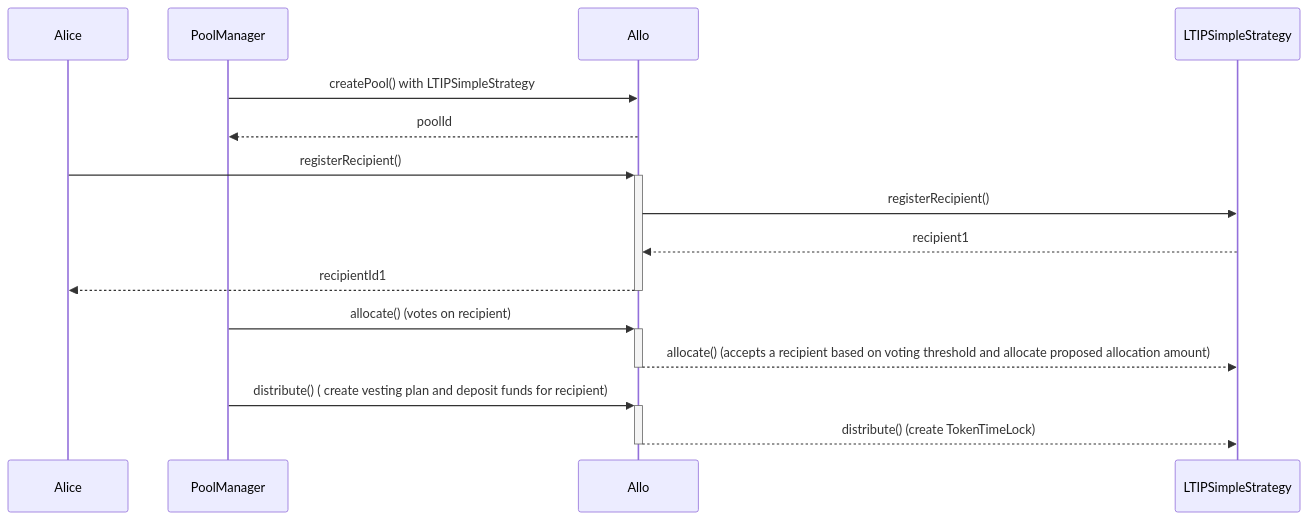
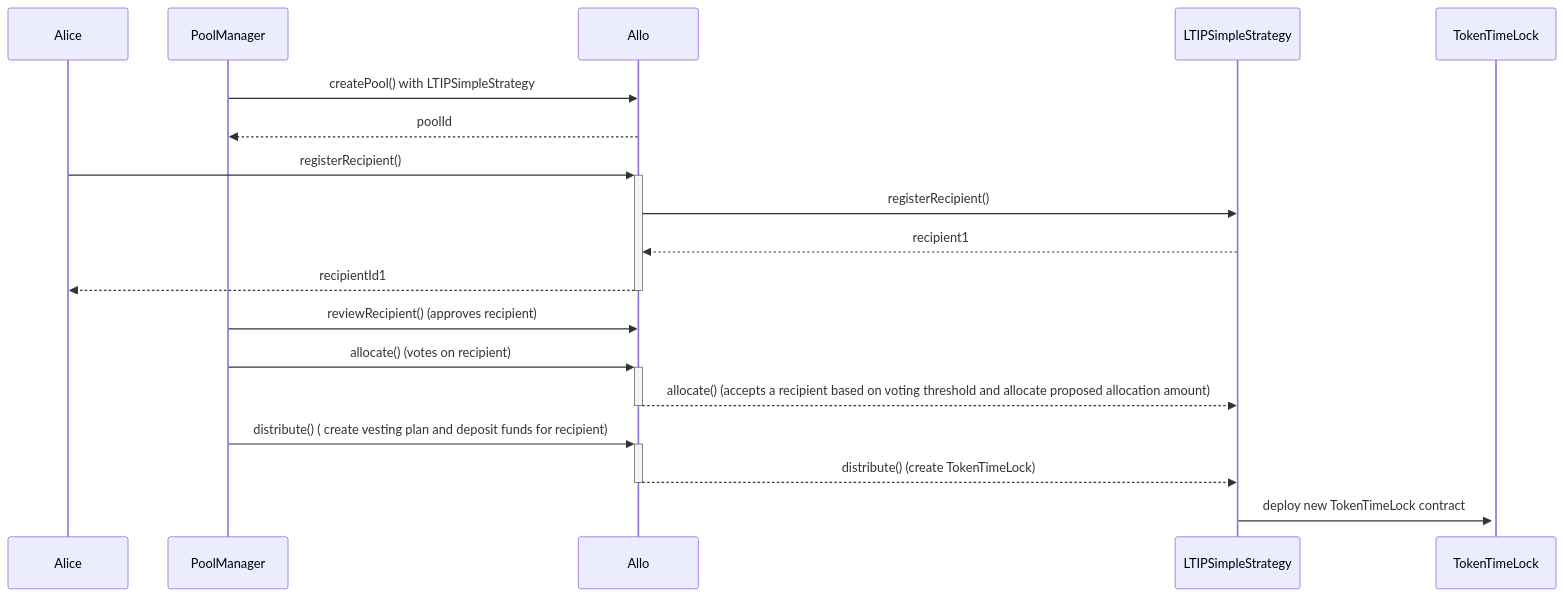
Before and after one commit to allo-protocol/allo-v2: the diagram in contracts/strategies/ltip-simple/README.md, drawn with Mermaid. The commit also changed other lines of this file and 2 other files, not shown here.

Commit message:
fix(docs): update diagrams and implement comments

````diff
--- a/contracts/strategies/ltip-simple/README.md
+++ b/contracts/strategies/ltip-simple/README.md
@@ -27,18 +27,21 @@
 ```mermaid
 sequenceDiagram
     participant Alice
     participant PoolManager
     participant Allo
     participant LTIPSimpleStrategy
+    participant TokenTimeLock
 
     PoolManager->>Allo: createPool() with LTIPSimpleStrategy
     Allo-->>PoolManager: poolId
     Alice->>+Allo: registerRecipient()
     Allo->>LTIPSimpleStrategy: registerRecipient()
     LTIPSimpleStrategy-->>Allo: recipient1
     Allo-->>-Alice: recipientId1
+    PoolManager->>Allo: reviewRecipient() (approves recipient)
     PoolManager->>+Allo: allocate() (votes on recipient)
     Allo-->>-LTIPSimpleStrategy: allocate() (accepts a recipient based on voting threshold and allocate proposed allocation amount)
     PoolManager->>+Allo: distribute() ( create vesting plan and deposit funds for recipient)
     Allo-->>-LTIPSimpleStrategy: distribute() (create TokenTimeLock)
+    LTIPSimpleStrategy->>+TokenTimeLock: deploy new TokenTimeLock contract 
 ```
````
